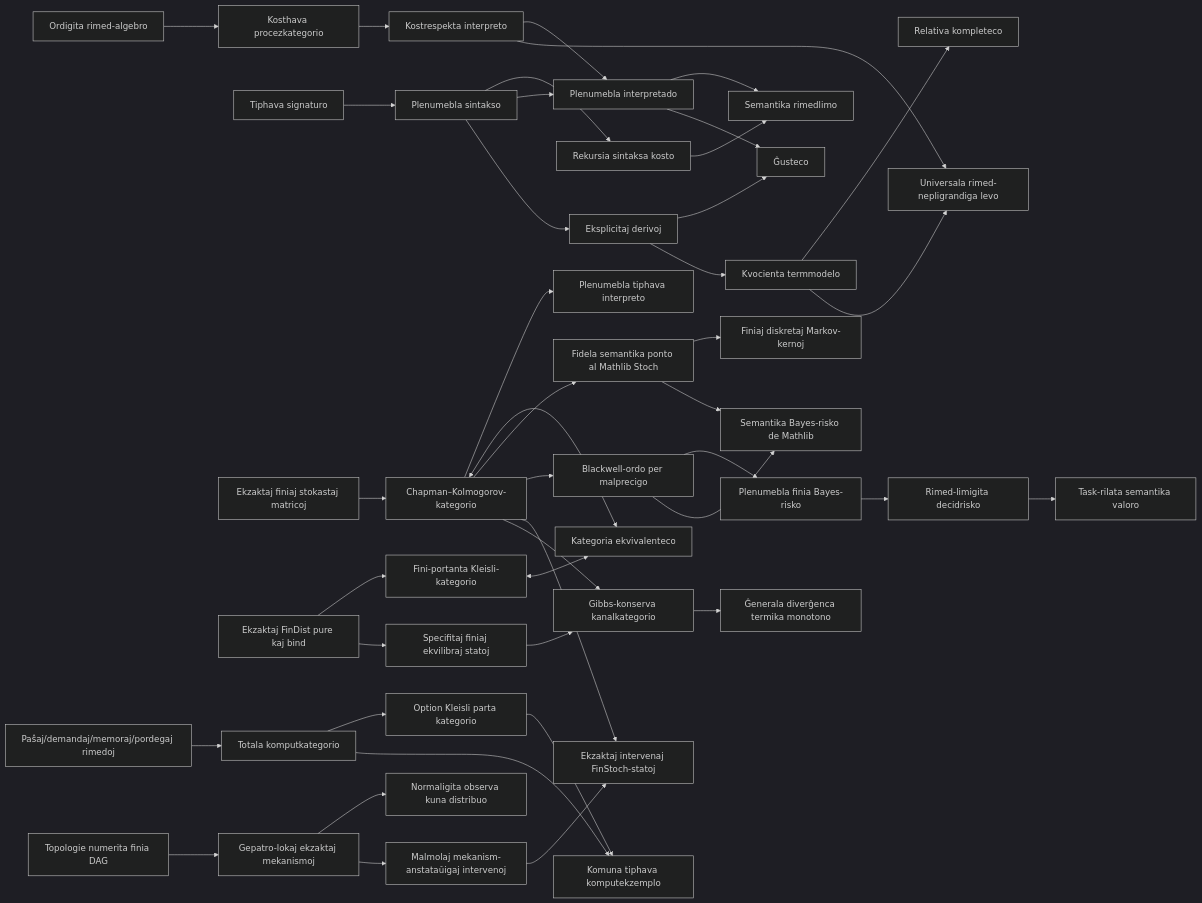
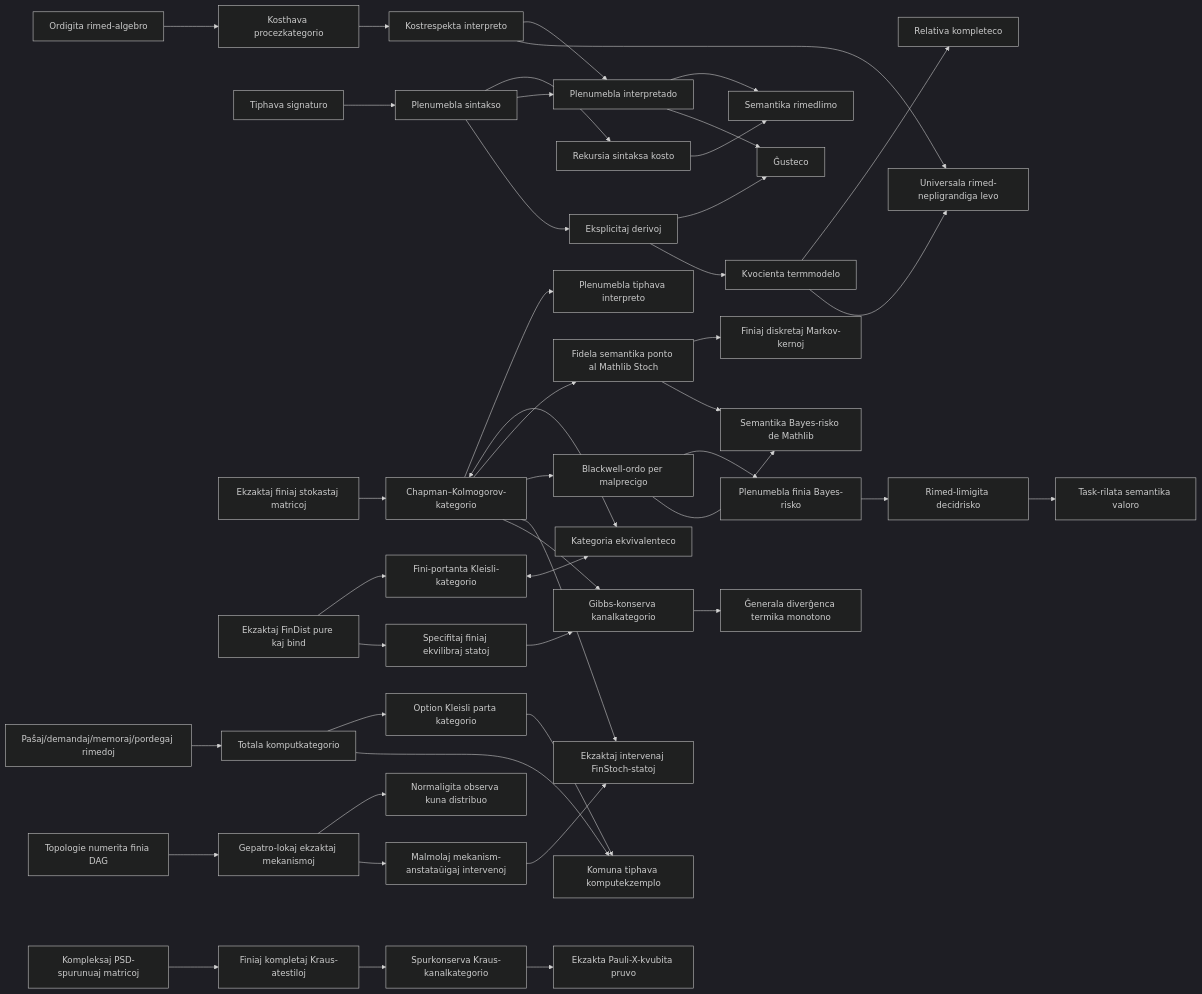
One commit to miuchan/ript changed the diagram in docs/README.eo.md. Above: the diagram before and after it, drawn with Mermaid (dark theme). The commit also changed other lines of this file and 12 other files, not shown here.

````diff
--- a/docs/README.eo.md
+++ b/docs/README.eo.md
@@ -472,44 +521,47 @@
 ```mermaid
 flowchart LR
   R["Ordigita rimed-algebro"] --> C["Kosthava procezkategorio"]
   S["Tiphava signaturo"] --> X["Plenumebla sintakso"]
   X --> K["Rekursia sintaksa kosto"]
   C --> I["Kostrespekta interpreto"]
   X --> E["Plenumebla interpretado"]
   I --> E
   K --> B["Semantika rimedlimo"]
   E --> B
   X --> D["Eksplicitaj derivoj"]
   D --> SO["Ĝusteco"]
   E --> SO
   D --> T["Kvocienta termmodelo"]
   T --> CO["Relativa kompleteco"]
   I --> U["Universala rimed-nepligrandiga levo"]
   T --> U
   F["Ekzaktaj finiaj stokastaj matricoj"] --> CK["Chapman–Kolmogorov-kategorio"]
   CK --> EX["Plenumebla tiphava interpreto"]
   FD["Ekzaktaj FinDist pure kaj bind"] --> KL["Fini-portanta Kleisli-kategorio"]
   CK <--> EQ["Kategoria ekvivalenteco"]
   KL <--> EQ
   CK --> ST["Fidela semantika ponto al Mathlib Stoch"]
   ST --> MT["Finiaj diskretaj Markov-kernoj"]
   CK --> BW["Blackwell-ordo per malprecigo"]
   ST --> SB["Semantika Bayes-risko de Mathlib"]
   BW --> FR["Plenumebla finia Bayes-risko"]
   FR --> RR["Rimed-limigita decidrisko"]
   RR --> SV["Task-rilata semantika valoro"]
   BW --> SB
   CR["Paŝaj/demandaj/memoraj/pordegaj rimedoj"] --> TC["Totala komputkategorio"]
   TC --> PC["Option Kleisli parta kategorio"]
   TC --> CE["Komuna tiphava komputekzemplo"]
   PC --> CE
   DAG["Topologie numerita finia DAG"] --> CM["Gepatro-lokaj ekzaktaj mekanismoj"]
   CM --> OJ["Normaligita observa kuna distribuo"]
   CM --> DO["Malmolaj mekanism-anstataŭigaj intervenoj"]
   DO --> IS["Ekzaktaj intervenaj FinStoch-statoj"]
   CK --> IS
   FD --> TE["Specifitaj finiaj ekvilibraj statoj"]
   CK --> GP["Gibbs-konserva kanalkategorio"]
   TE --> GP
   GP --> TM["Ĝenerala diverĝenca termika monotono"]
+  QB["Kompleksaj PSD-spurunuaj matricoj"] --> QK["Finiaj kompletaj Kraus-atestiloj"]
+  QK --> QC["Spurkonserva Kraus-kanalkategorio"]
+  QC --> QX["Ekzakta Pauli-X-kvubita pruvo"]
 ```
````
